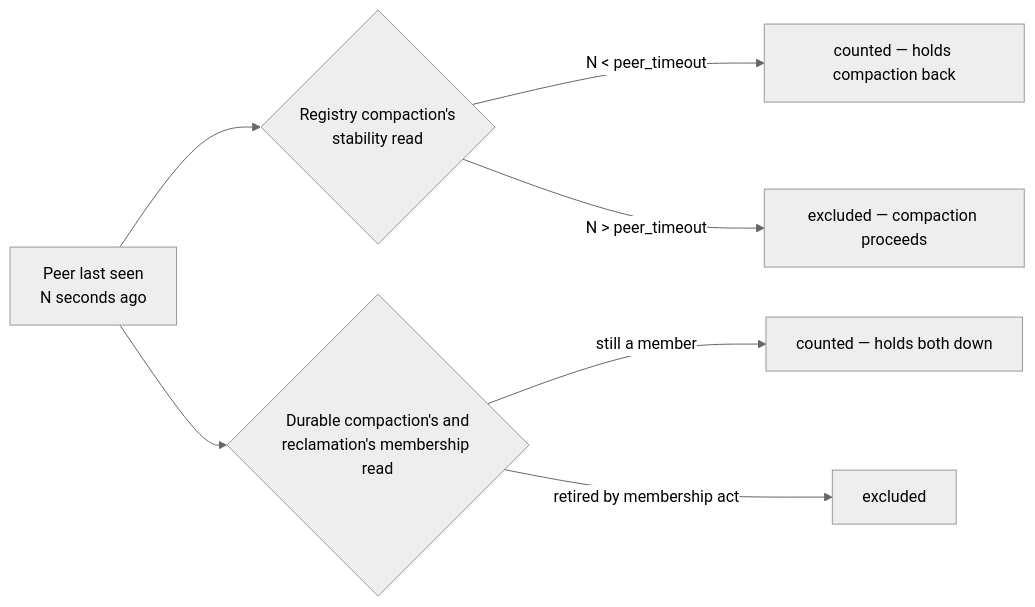
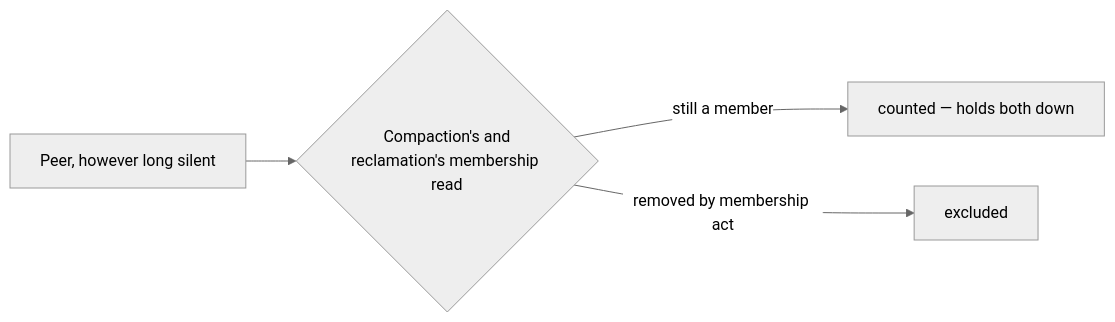
Before and after one commit to bondy-io/bondy: the second of 2 diagrams in doc/guides/architecture/db_view_lifecycle.md, drawn with Mermaid (neutral theme). The commit also changed other lines of this file and 449 other files, not shown here.

````diff
--- a/doc/guides/architecture/db_view_lifecycle.md
+++ b/doc/guides/architecture/db_view_lifecycle.md
@@ -85,9 +88,6 @@
 ```mermaid
 flowchart LR
-  P["Peer last seen<br/>N seconds ago"] --> C{"Registry compaction's<br/>stability read"}
-  P --> R{"Durable compaction's and<br/>reclamation's membership read"}
-  C -->|"N &lt; peer_timeout"| CI["counted — holds compaction back"]
-  C -->|"N &gt; peer_timeout"| CX["excluded — compaction proceeds"]
+  P["Peer, however long silent"] --> R{"Compaction's and<br/>reclamation's membership read"}
   R -->|"still a member"| RI["counted — holds both down"]
-  R -->|"retired by membership act"| RX["excluded"]
+  R -->|"removed by membership act"| RX["excluded"]
 ```
````
